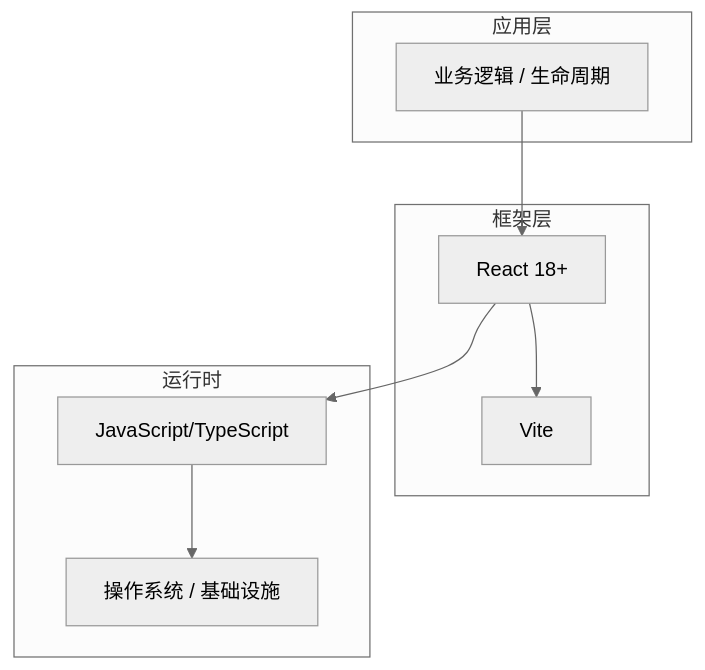
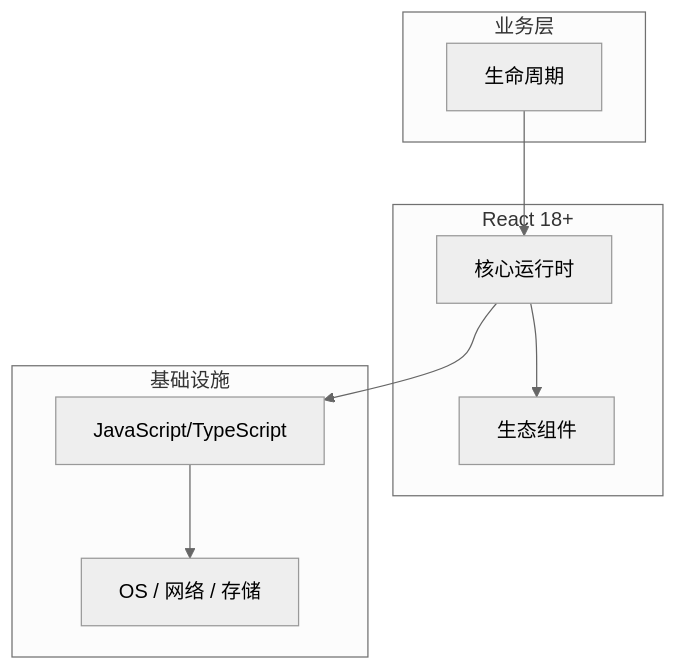
The diagram in articles/React/chapters/061-生命周期核心概念与原理.md (yanggan2015/knowledge-json-v2), drawn with Mermaid (neutral theme) before and after one commit. The commit also changed other lines of this file and 10127 other files, not shown here.

````diff
--- a/articles/React/chapters/061-生命周期核心概念与原理.md
+++ b/articles/React/chapters/061-生命周期核心概念与原理.md
@@ -45,18 +34,18 @@
 ```mermaid
 graph TB
-    subgraph 应用层
-        A[业务逻辑 / 生命周期]
+    subgraph 业务层
+        A[生命周期]
     end
-    subgraph 框架层
-        B[React 18+]
-        C[Vite]
+    subgraph React 18+
+        B[核心运行时]
+        C[生态组件]
     end
-    subgraph 运行时
+    subgraph 基础设施
         D[JavaScript/TypeScript]
-        E[操作系统 / 基础设施]
+        E[OS / 网络 / 存储]
     end
     A --> B
     B --> C
     B --> D
     D --> E
 ```
````
